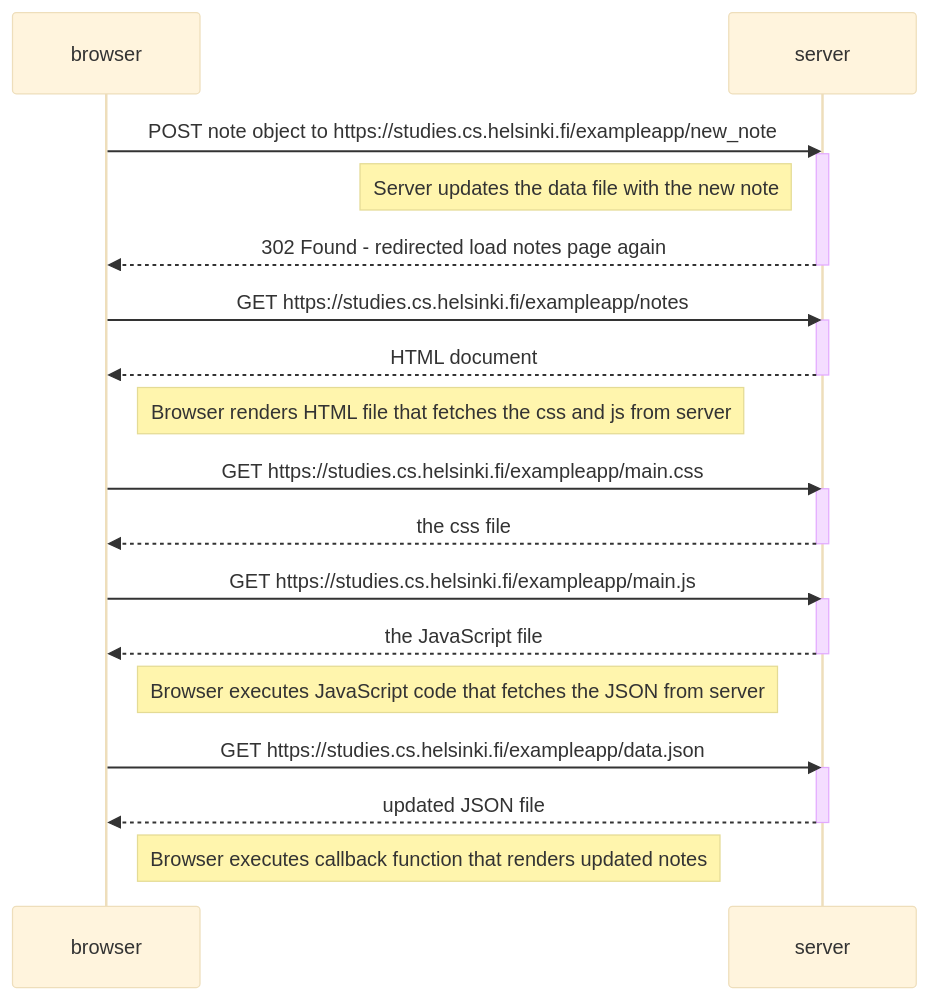
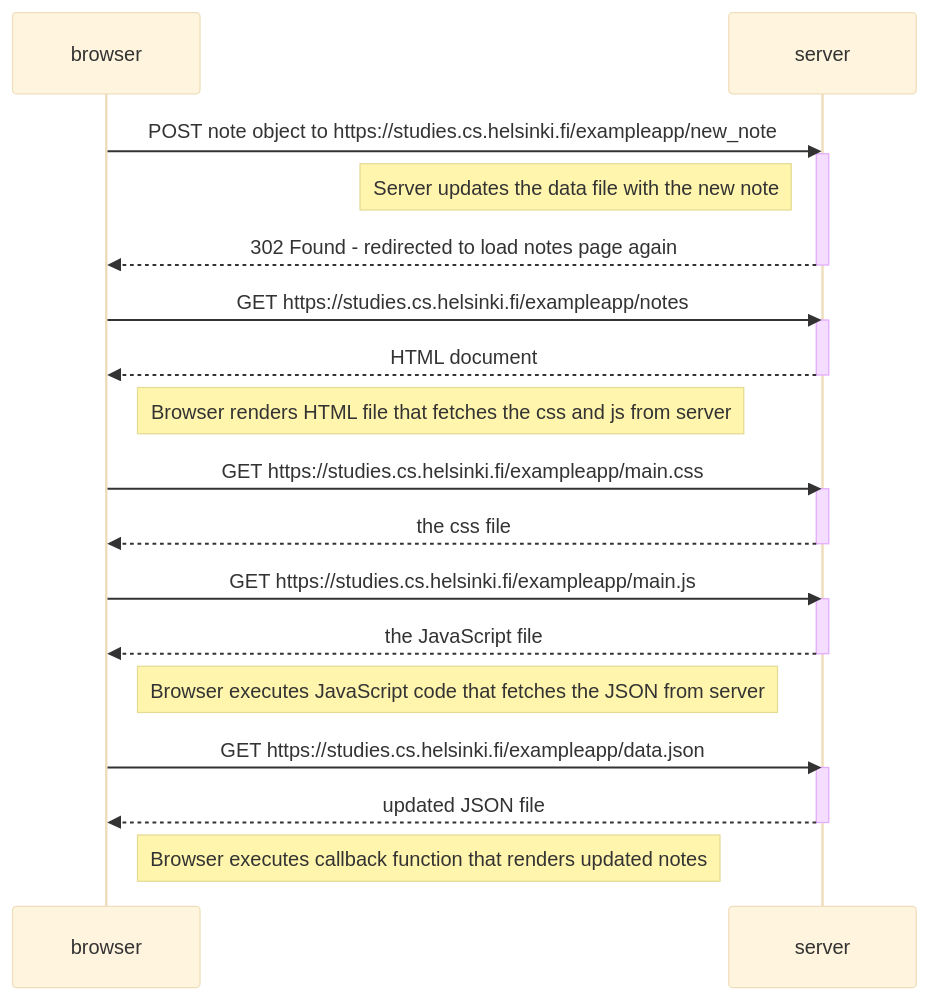
One commit to mirdevilar/hy-fs-p0 changed the diagram in 0.4-new-note-diagram/README.md. Above: the diagram before and after it, drawn with Mermaid (base theme).

````diff
--- a/0.4-new-note-diagram/README.md
+++ b/0.4-new-note-diagram/README.md
@@ -5,37 +5,37 @@
 ```mermaid  
 sequenceDiagram
     participant browser
     participant server
 
     browser->>server: POST note object to https://studies.cs.helsinki.fi/exampleapp/new_note
     activate server
     Note left of server: Server updates the data file with the new note
-    server-->>browser: 302 Found - redirected load notes page again
+    server-->>browser: 302 Found - redirected to load notes page again
     deactivate server
 
     browser->>server: GET https://studies.cs.helsinki.fi/exampleapp/notes
     activate server
     server-->>browser: HTML document
     deactivate server
 
     Note right of browser: Browser renders HTML file that fetches the css and js from server
 
     browser->>server: GET https://studies.cs.helsinki.fi/exampleapp/main.css
     activate server
     server-->>browser: the css file
     deactivate server
 
     browser->>server: GET https://studies.cs.helsinki.fi/exampleapp/main.js
     activate server
     server-->>browser: the JavaScript file
     deactivate server
 
     Note right of browser: Browser executes JavaScript code that fetches the JSON from server
 
     browser->>server: GET https://studies.cs.helsinki.fi/exampleapp/data.json
     activate server
     server-->>browser: updated JSON file
     deactivate server
 
     Note right of browser: Browser executes callback function that renders updated notes
 ```
````
